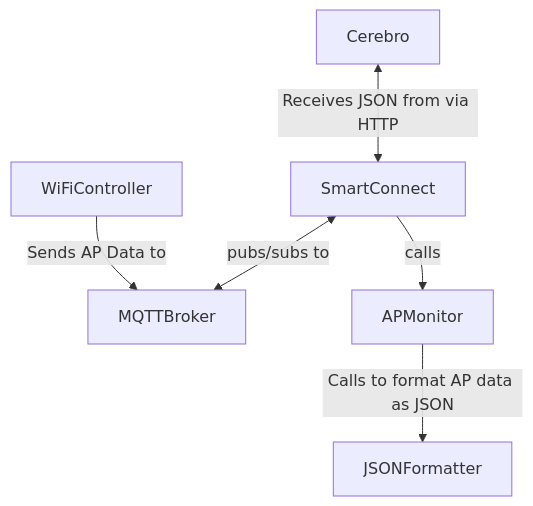
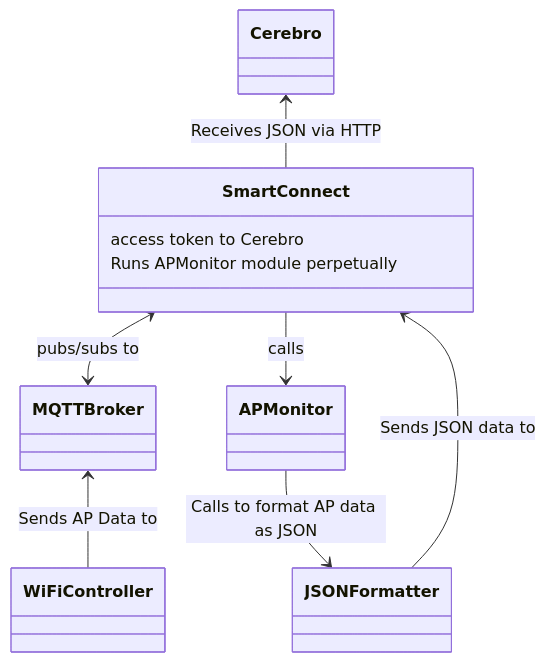
One commit to nicholasverdugo/Obsidian changed the second of 2 diagrams in ZCom AP Project.md. Above: the diagram before and after it, drawn with Mermaid. The commit also changed 1 other file, not shown here.

Commit message:
vault backup: 2022-09-20 19:10:34

````diff
--- a/ZCom AP Project.md
+++ b/ZCom AP Project.md
@@ -46,9 +46,14 @@
 ```mermaid
-flowchart TD
-	Cerebro<-- Receives JSON from via HTTP -->SmartConnect;
-	SmartConnect<-- pubs/subs to -->MQTTBroker;
-	WiFiController-- Sends AP Data to -->MQTTBroker;
-	SmartConnect-- calls -->APMonitor;
-	APMonitor-- Calls to format AP data as JSON -->JSONFormatter;
-	
+classDiagram
+Cerebro<--SmartConnect : Receives JSON via HTTP
+SmartConnect<-->MQTTBroker : pubs/subs to 
+SmartConnect-->APMonitor : calls
+APMonitor-->JSONFormatter : Calls to format AP data as JSON
+MQTTBroker<--WiFiController : Sends AP Data to
+JSONFormatter-->SmartConnect : Sends JSON data to
+
+class SmartConnect {
+	access token to Cerebro
+	Runs APMonitor module perpetually
+}
 ```
````
